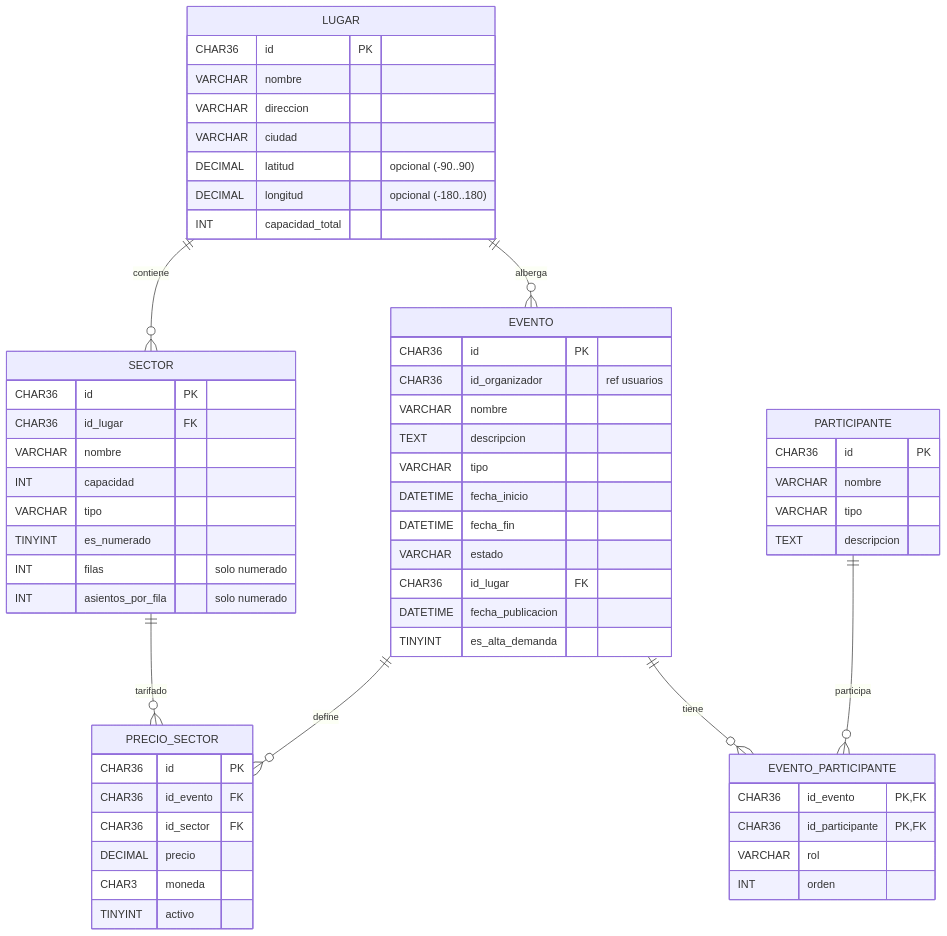
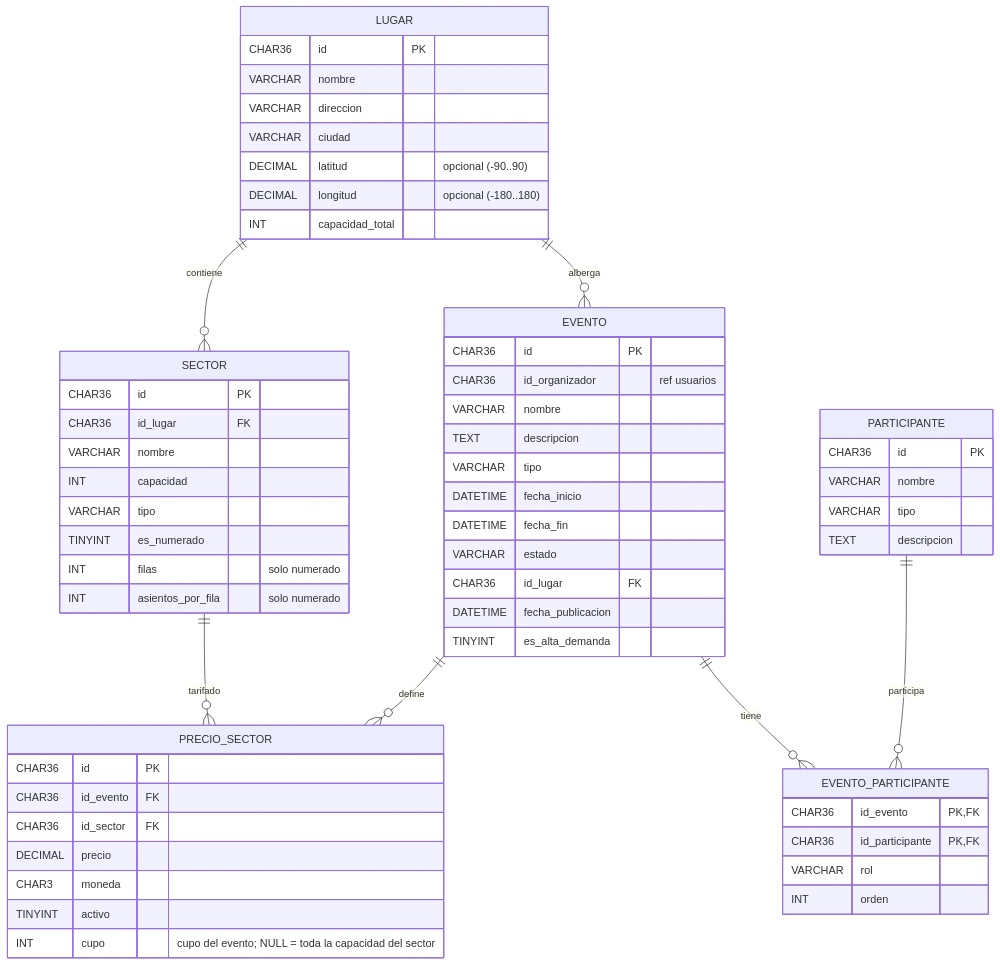
The second of 5 diagrams in Backend/docs/modelo-datos.md (florAlar/ticketYa), drawn with Mermaid before and after one commit. The commit also changed 33 other files, not shown here.

````diff
--- a/Backend/docs/modelo-datos.md
+++ b/Backend/docs/modelo-datos.md
@@ -52,62 +52,63 @@
 ```mermaid
 erDiagram
     LUGAR ||--o{ SECTOR : contiene
     LUGAR ||--o{ EVENTO : alberga
     EVENTO ||--o{ PRECIO_SECTOR : define
     SECTOR ||--o{ PRECIO_SECTOR : tarifado
     EVENTO ||--o{ EVENTO_PARTICIPANTE : tiene
     PARTICIPANTE ||--o{ EVENTO_PARTICIPANTE : participa
 
     LUGAR {
         CHAR36 id PK
         VARCHAR nombre
         VARCHAR direccion
         VARCHAR ciudad
         DECIMAL latitud "opcional (-90..90)"
         DECIMAL longitud "opcional (-180..180)"
         INT capacidad_total
     }
     SECTOR {
         CHAR36 id PK
         CHAR36 id_lugar FK
         VARCHAR nombre
         INT capacidad
         VARCHAR tipo
         TINYINT es_numerado
         INT filas "solo numerado"
         INT asientos_por_fila "solo numerado"
     }
     EVENTO {
         CHAR36 id PK
         CHAR36 id_organizador "ref usuarios"
         VARCHAR nombre
         TEXT descripcion
         VARCHAR tipo
         DATETIME fecha_inicio
         DATETIME fecha_fin
         VARCHAR estado
         CHAR36 id_lugar FK
         DATETIME fecha_publicacion
         TINYINT es_alta_demanda
     }
     PRECIO_SECTOR {
         CHAR36 id PK
         CHAR36 id_evento FK
         CHAR36 id_sector FK
         DECIMAL precio
         CHAR3 moneda
         TINYINT activo
+        INT cupo "cupo del evento; NULL = toda la capacidad del sector"
     }
     PARTICIPANTE {
         CHAR36 id PK
         VARCHAR nombre
         VARCHAR tipo
         TEXT descripcion
     }
     EVENTO_PARTICIPANTE {
         CHAR36 id_evento PK,FK
         CHAR36 id_participante PK,FK
         VARCHAR rol
         INT orden
     }
 ```
````
